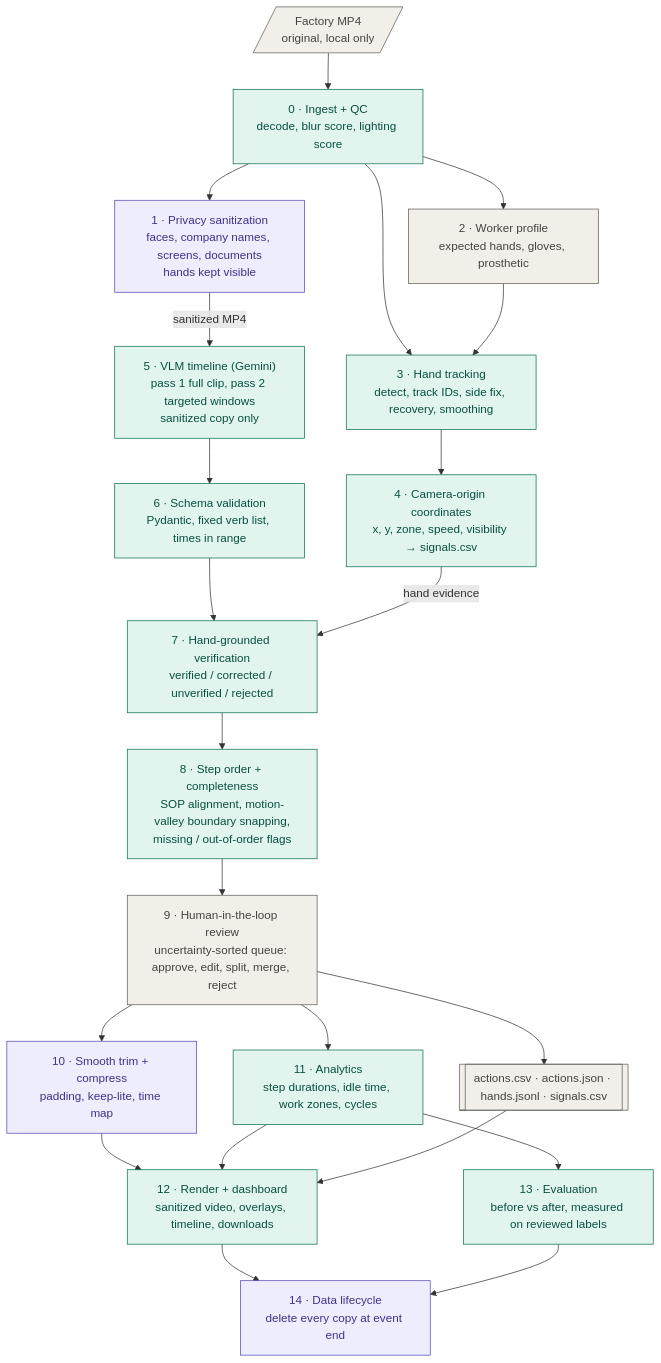
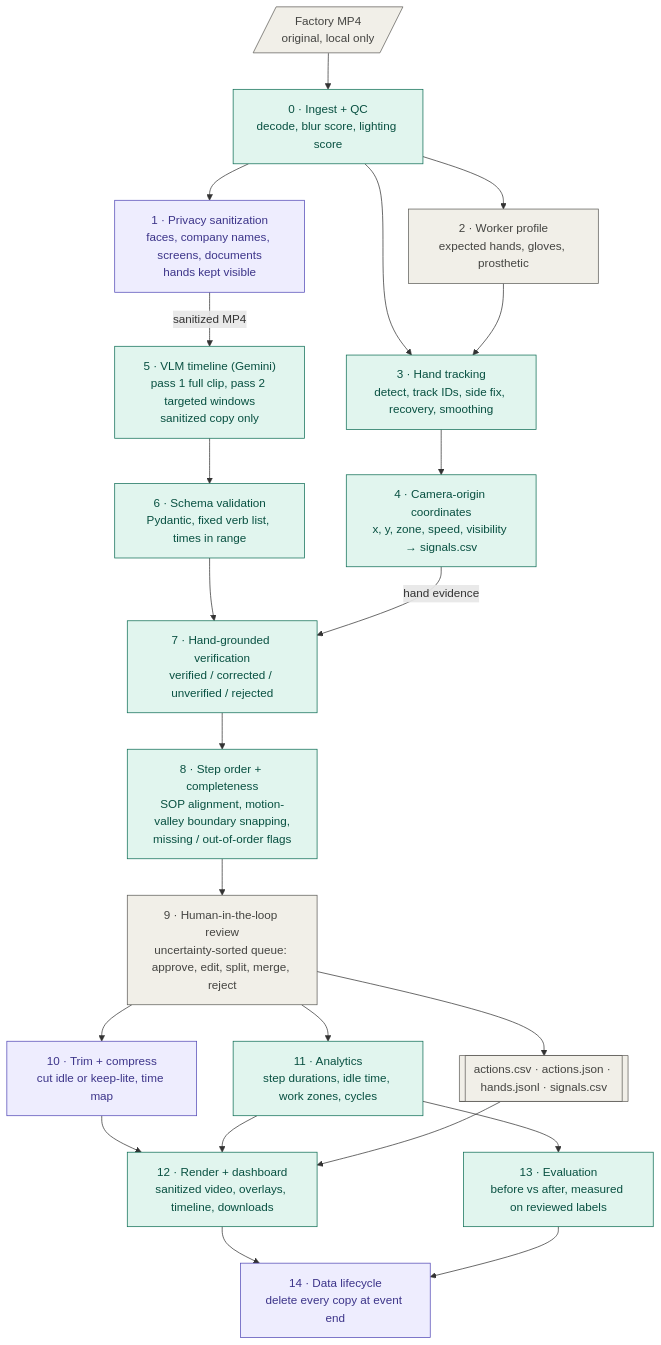
One commit to supremeinferno/bios-hackathon-2026 changed the diagram in docs/PIPELINE.md. Above: the diagram before and after it, drawn with Mermaid. The commit also changed other lines of this file and 43 other files, not shown here.

````diff
--- a/docs/PIPELINE.md
+++ b/docs/PIPELINE.md
@@ -8,44 +8,44 @@
 ```mermaid
 flowchart TD
     RAW[/"Factory MP4<br/>original, local only"/]
     S0["0 · Ingest + QC<br/>decode, blur score, lighting score"]
     S1["1 · Privacy sanitization<br/>faces, company names, screens, documents<br/>hands kept visible"]
     S2["2 · Worker profile<br/>expected hands, gloves, prosthetic"]
     S3["3 · Hand tracking<br/>detect, track IDs, side fix, recovery, smoothing"]
     S4["4 · Camera-origin coordinates<br/>x, y, zone, speed, visibility → signals.csv"]
     S5["5 · VLM timeline (Gemini)<br/>pass 1 full clip, pass 2 targeted windows<br/>sanitized copy only"]
     S6["6 · Schema validation<br/>Pydantic, fixed verb list, times in range"]
     S7["7 · Hand-grounded verification<br/>verified / corrected / unverified / rejected"]
     S8["8 · Step order + completeness<br/>SOP alignment, motion-valley boundary snapping,<br/>missing / out-of-order flags"]
     S9["9 · Human-in-the-loop review<br/>uncertainty-sorted queue: approve, edit, split, merge, reject"]
-    S10["10 · Smooth trim + compress<br/>padding, keep-lite, time map"]
+    S10["10 · Trim + compress<br/>cut idle or keep-lite, time map"]
     S11["11 · Analytics<br/>step durations, idle time, work zones, cycles"]
     S12["12 · Render + dashboard<br/>sanitized video, overlays, timeline, downloads"]
     S13["13 · Evaluation<br/>before vs after, measured on reviewed labels"]
     S14["14 · Data lifecycle<br/>delete every copy at event end"]
 
     RAW --> S0
     S0 --> S1 & S2 & S3
     S1 -->|sanitized MP4| S5
     S2 --> S3
     S3 --> S4
     S5 --> S6 --> S7
     S4 -->|hand evidence| S7
     S7 --> S8 --> S9
     S9 --> S10 & S11
     S10 --> S12
     S11 --> S12
     S11 --> S13
     S12 --> S14
     S13 --> S14
 
     OUT[["actions.csv · actions.json · hands.jsonl · signals.csv"]]
     S9 --> OUT --> S12
 
     classDef auto fill:#E1F5EE,stroke:#0F6E56,color:#085041
     classDef priv fill:#EEEDFE,stroke:#534AB7,color:#3C3489
     classDef human fill:#F1EFE8,stroke:#5F5E5A,color:#444441
     class S0,S3,S4,S5,S6,S7,S8,S11,S12,S13 auto
     class S1,S10,S14 priv
     class RAW,S2,S9,OUT human
 ```
````
